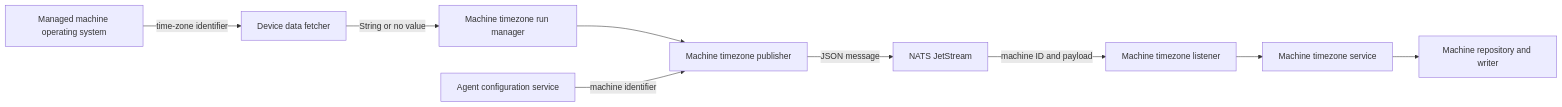
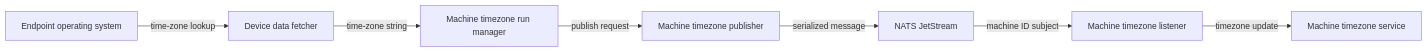
Before and after one commit to flamingo-stack/openframe-oss-tenant: the first of 4 diagrams in docs/reference/architecture/openframe-client-core/model-machine-timezone/model-machine-timezone.md, drawn with Mermaid. The commit also changed other lines of this file and 2377 other files, not shown here.

````diff
--- a/docs/reference/architecture/openframe-client-core/model-machine-timezone/model-machine-timezone.md
+++ b/docs/reference/architecture/openframe-client-core/model-machine-timezone/model-machine-timezone.md
@@ -27,11 +27,9 @@
 ```mermaid
 flowchart LR
-    SystemClock["Managed machine operating system"] -->|"time-zone identifier"| Fetcher["Device data fetcher"]
-    Fetcher -->|"String or no value"| RunManager["Machine timezone run manager"]
-    RunManager --> Publisher["Machine timezone publisher"]
-    AgentConfig["Agent configuration service"] -->|"machine identifier"| Publisher
-    Publisher -->|"JSON message"| Nats["NATS JetStream"]
-    Nats -->|"machine ID and payload"| Listener["Machine timezone listener"]
-    Listener --> Validator["Machine timezone service"]
-    Validator --> Repository["Machine repository and writer"]
+    EndpointOs["Endpoint operating system"] -->|"time-zone lookup"| Fetcher["Device data fetcher"]
+    Fetcher -->|"time-zone string"| RunManager["Machine timezone run manager"]
+    RunManager -->|"publish request"| Publisher["Machine timezone publisher"]
+    Publisher -->|"serialized message"| Nats["NATS JetStream"]
+    Nats -->|"machine ID subject"| Listener["Machine timezone listener"]
+    Listener -->|"timezone update"| Service["Machine timezone service"]
 ```
````
